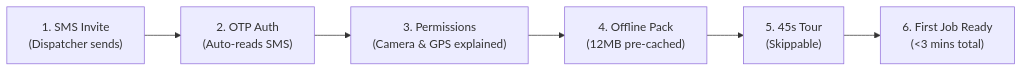
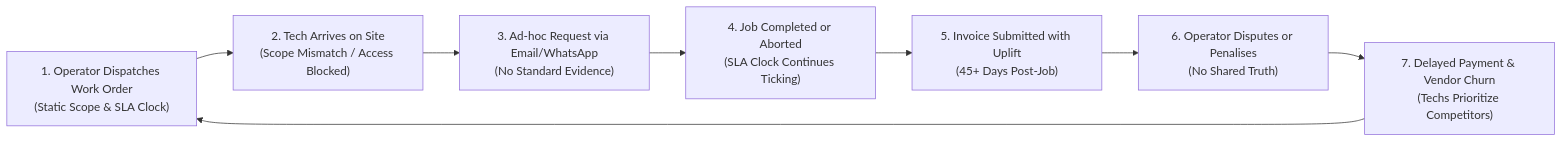
The first of 5 diagrams in WIREFRAMES.md (komala2019/Zinier), drawn with Mermaid before and after one commit. The commit also changed other lines of this file, not shown here.

````diff
--- a/WIREFRAMES.md
+++ b/WIREFRAMES.md
@@ -68,8 +37,10 @@
 ```mermaid
 flowchart LR
-    A["1. SMS Invite<br/>(Dispatcher sends)"] --> B["2. OTP Auth<br/>(Auto-reads SMS)"]
-    B --> C["3. Permissions<br/>(Camera & GPS explained)"]
-    C --> D["4. Offline Pack<br/>(12MB pre-cached)"]
-    D --> E["5. 45s Tour<br/>(Skippable)"]
-    E --> F["6. First Job Ready<br/>(<3 mins total)"]
+    A["1. Operator Dispatches Work Order<br/>(Static Scope & SLA Clock)"] --> B["2. Tech Arrives on Site<br/>(Scope Mismatch / Access Blocked)"]
+    B --> C["3. Ad-hoc Request via Email/WhatsApp<br/>(No Standard Evidence)"]
+    C --> D["4. Job Completed or Aborted<br/>(SLA Clock Continues Ticking)"]
+    D --> E["5. Invoice Submitted with Uplift<br/>(45+ Days Post-Job)"]
+    E --> F["6. Operator Disputes or Penalises<br/>(No Shared Truth)"]
+    F --> G["7. Delayed Payment & Vendor Churn<br/>(Techs Prioritize Competitors)"]
+    G --> A
 ```
````
